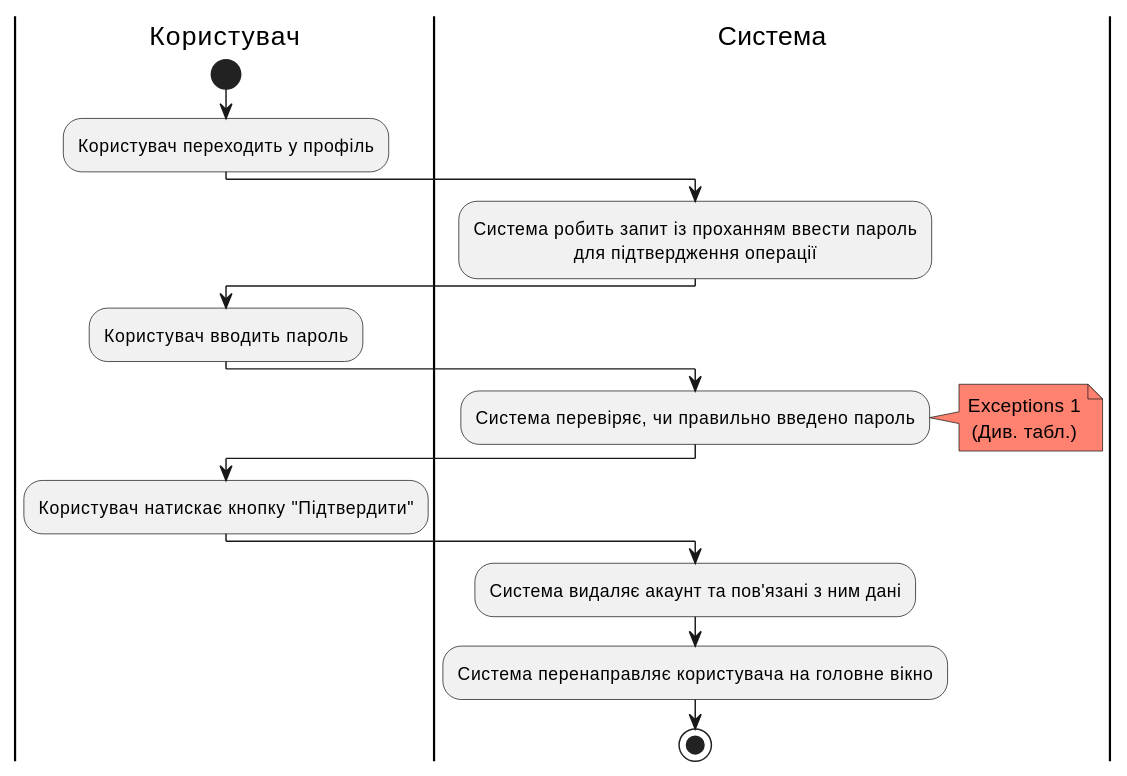
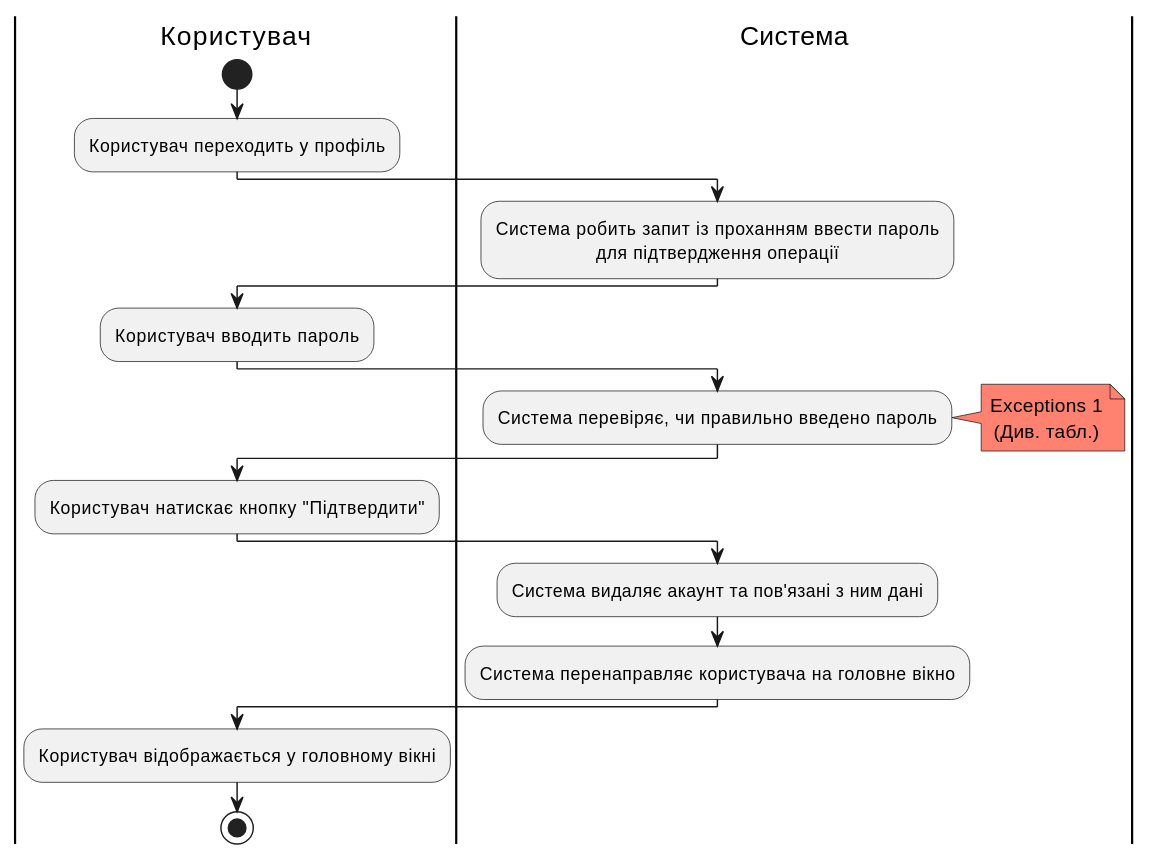
The third of 3 diagrams in docs/use_cases.md (generalmaks/db_labs), drawn with PlantUML before and after one commit.

Commit message:
some fixes in RemoveUserAccount diagram

````diff
--- a/docs/use_cases.md
+++ b/docs/use_cases.md
@@ -136,36 +136,37 @@
 ```plantuml
 @startuml
 |Користувач|
 start
 skinparam defaultTextAlignment center
 
 |Користувач|
 :Користувач переходить у профіль;
 
 
 |Система|
 :Система робить запит із проханням ввести пароль 
 для підтвердження операції;
 
 |Користувач|
 :Користувач вводить пароль;
 
 |Система|
 :Система перевіряє, чи правильно введено пароль;
 note right #ff8170
 Exceptions 1
 (Див. табл.)
 end note
 
 |Користувач|
 :Користувач натискає кнопку "Підтвердити";
 
 |Система|
 :Система видаляє акаунт та пов'язані з ним дані;
 :Система перенаправляє користувача на головне вікно;
 
-
+|Користувач|
+:Користувач відображається у головному вікні;
 
 stop
 @enduml
 ```
````
